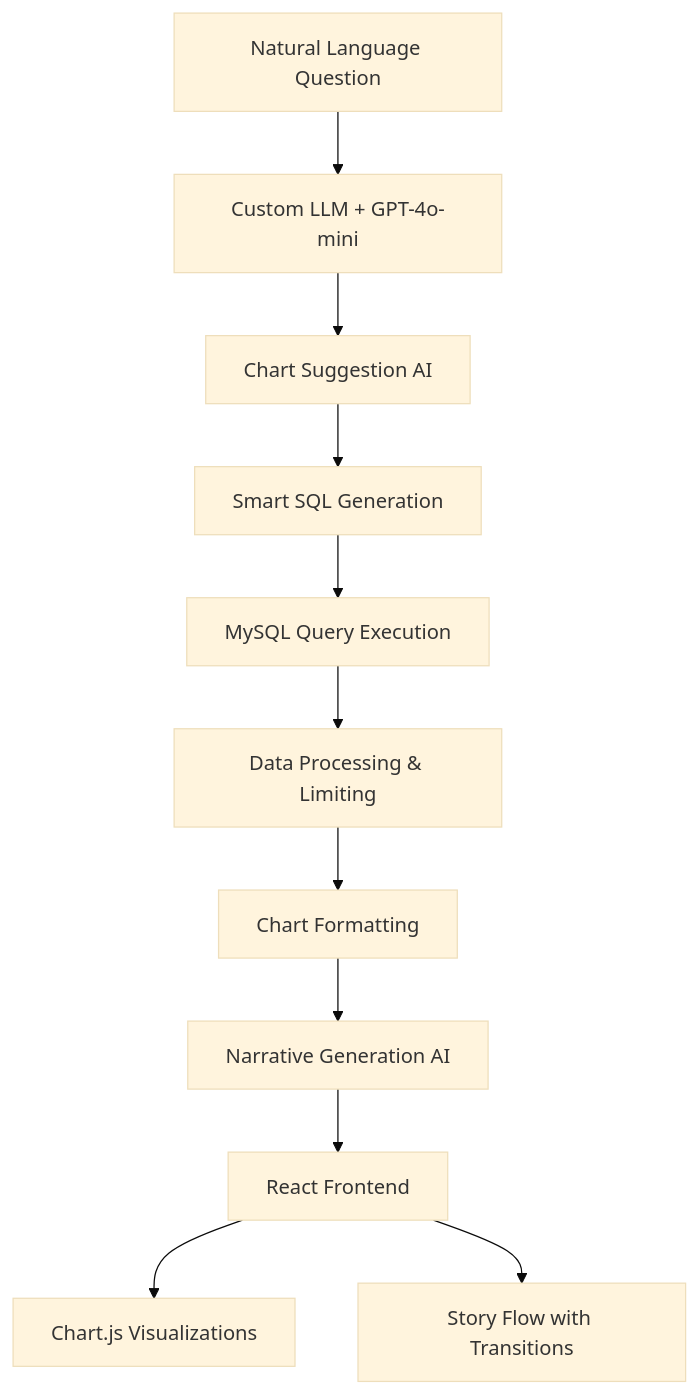
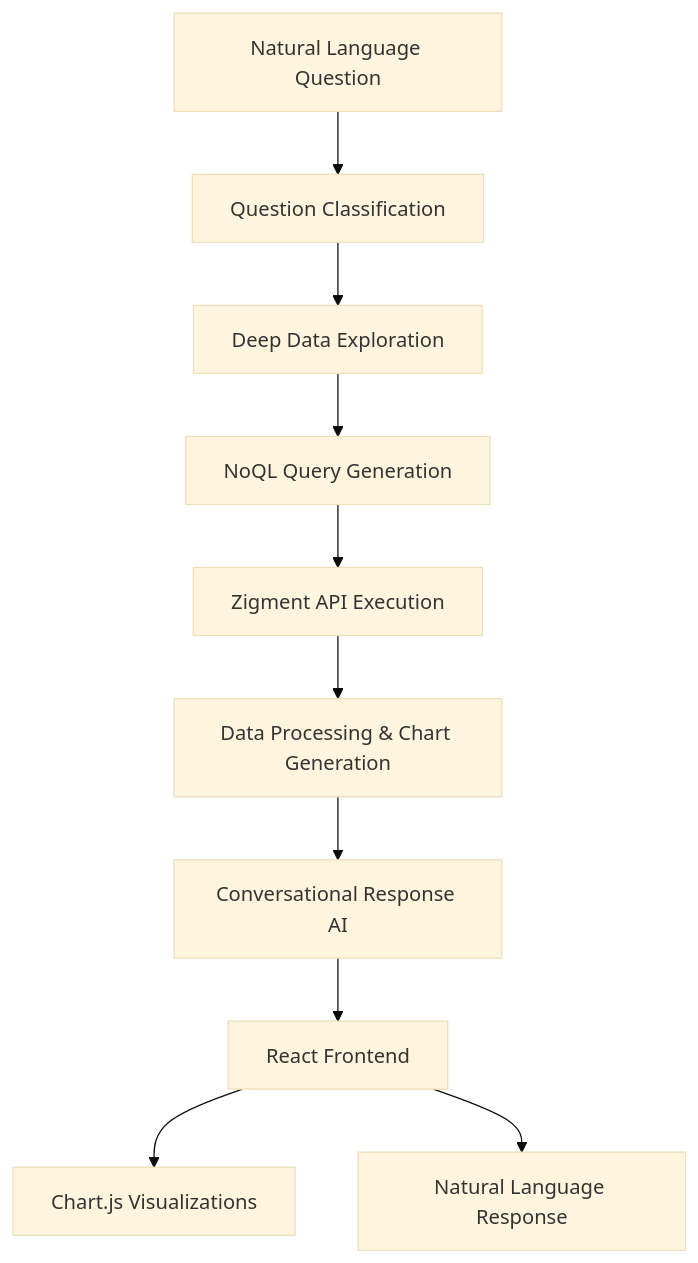
One commit to adithya-aok/ainsight-zigment changed the diagram in README.md. Above: the diagram before and after it, drawn with Mermaid (base theme). The commit also changed other lines of this file and 7 other files, not shown here.

````diff
--- a/README.md
+++ b/README.md
@@ -283,13 +118,12 @@
 ```mermaid
 graph TD
-    A[Natural Language Question] --> B[Custom LLM + GPT-4o-mini]
-    B --> C[Chart Suggestion AI]
-    C --> D[Smart SQL Generation]
-    D --> E[MySQL Query Execution]
-    E --> F[Data Processing & Limiting]
-    F --> G[Chart Formatting]
-    G --> H[Narrative Generation AI]
-    H --> I[React Frontend]
-    I --> J[Chart.js Visualizations]
-    I --> K[Story Flow with Transitions]
+    A[Natural Language Question] --> B[Question Classification]
+    B --> C[Deep Data Exploration]
+    C --> D[NoQL Query Generation]
+    D --> E[Zigment API Execution]
+    E --> F[Data Processing & Chart Generation]
+    F --> G[Conversational Response AI]
+    G --> H[React Frontend]
+    H --> I[Chart.js Visualizations]
+    H --> J[Natural Language Response]
 ```
````
